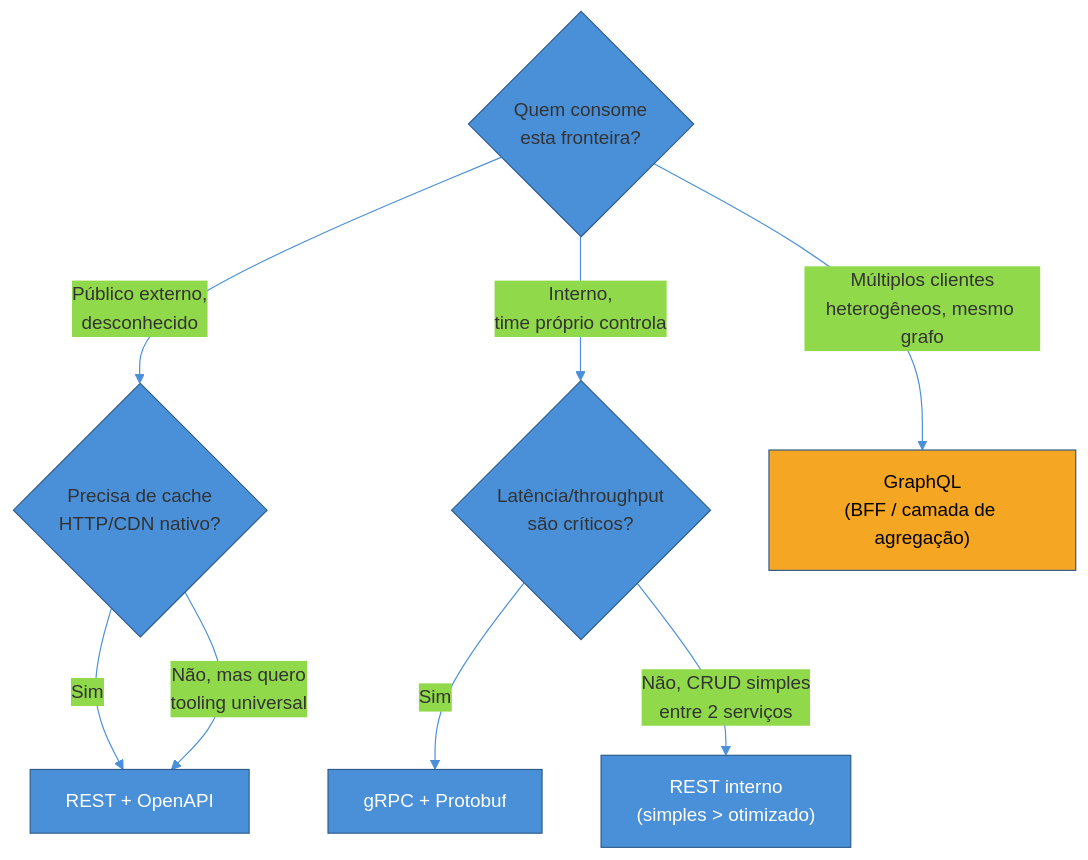
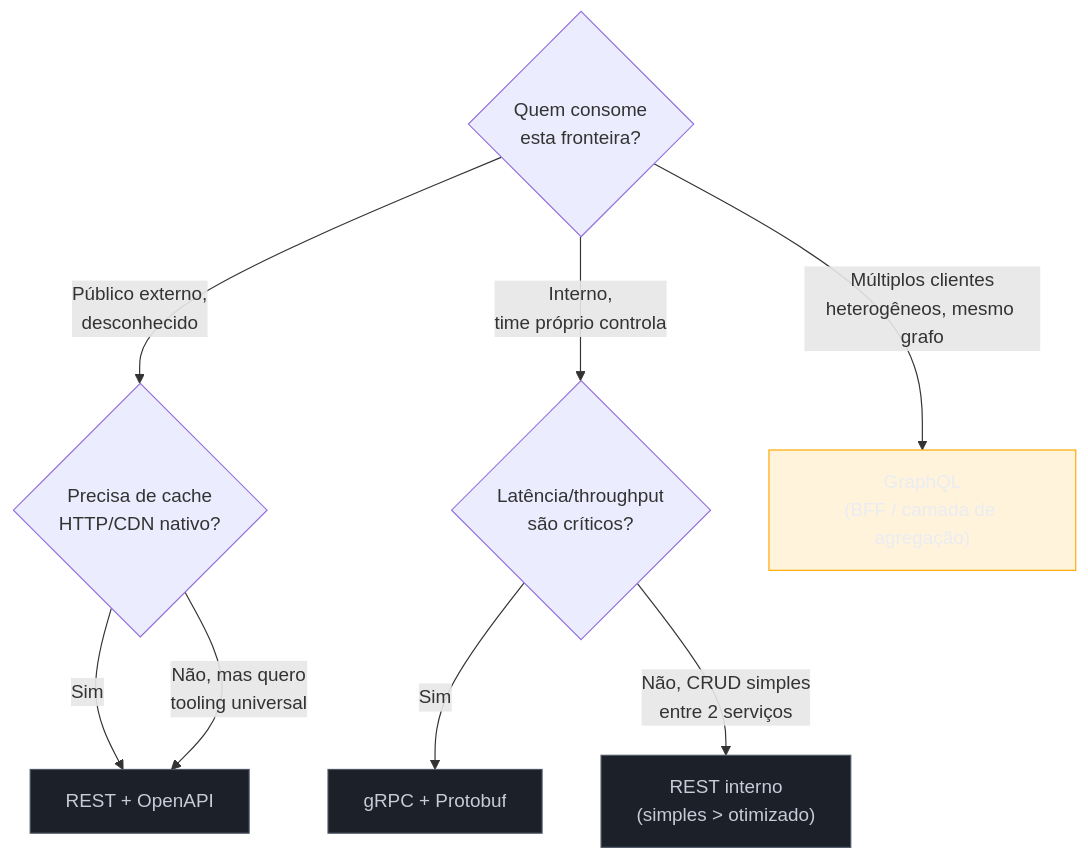
One commit to josenaldo/codex-technomanticus changed the first of 3 diagrams in 03-Dominios/Engenharia/Comunicação entre Sistemas/2 - Comunicação síncrona/06 - REST vs GraphQL vs gRPC — decisão.md. Above: the diagram before and after it, drawn with Mermaid. The commit also changed other lines of this file and 1181 other files, not shown here.

First line of the commit message:
fix(diagramas): paleta do sistema no lugar de cor cravada no markdown

````diff
--- a/03-Dominios/Engenharia/Comunicação entre Sistemas/2 - Comunicação síncrona/06 - REST vs GraphQL vs gRPC — decisão.md
+++ b/03-Dominios/Engenharia/Comunicação entre Sistemas/2 - Comunicação síncrona/06 - REST vs GraphQL vs gRPC — decisão.md
@@ -54,19 +54,20 @@
 ```mermaid
-%%{init: {"theme": "base", "themeVariables": {"primaryColor": "#4A90D9", "primaryBorderColor": "#2E5C8A", "lineColor": "#4A90D9"}}}%%
 graph TD
+    classDef neutro fill:#1B2029,stroke:#4E5666,color:#C6CCD8
+    classDef destaque fill:#FFAA0024,stroke:#FFAA00,color:#E9ECF2
     Q{"Quem consome<br/>esta fronteira?"}
     Q -->|"Público externo,<br/>desconhecido"| R1{"Precisa de cache<br/>HTTP/CDN nativo?"}
     Q -->|"Interno,<br/>time próprio controla"| R2{"Latência/throughput<br/>são críticos?"}
     Q -->|"Múltiplos clientes<br/>heterogêneos, mesmo grafo"| GQ["GraphQL<br/>(BFF / camada de agregação)"]
 
     R1 -->|"Sim"| REST1["REST + OpenAPI"]
     R1 -->|"Não, mas quero<br/>tooling universal"| REST1
 
     R2 -->|"Sim"| GRPC1["gRPC + Protobuf"]
     R2 -->|"Não, CRUD simples<br/>entre 2 serviços"| REST2["REST interno<br/>(simples > otimizado)"]
 
-    style REST1 fill:#4A90D9,color:#fff
-    style REST2 fill:#4A90D9,color:#fff
-    style GQ fill:#F5A623,color:#000
-    style GRPC1 fill:#4A90D9,color:#fff
+    class REST1 neutro
+    class REST2 neutro
+    class GQ destaque
+    class GRPC1 neutro
 ```
````
